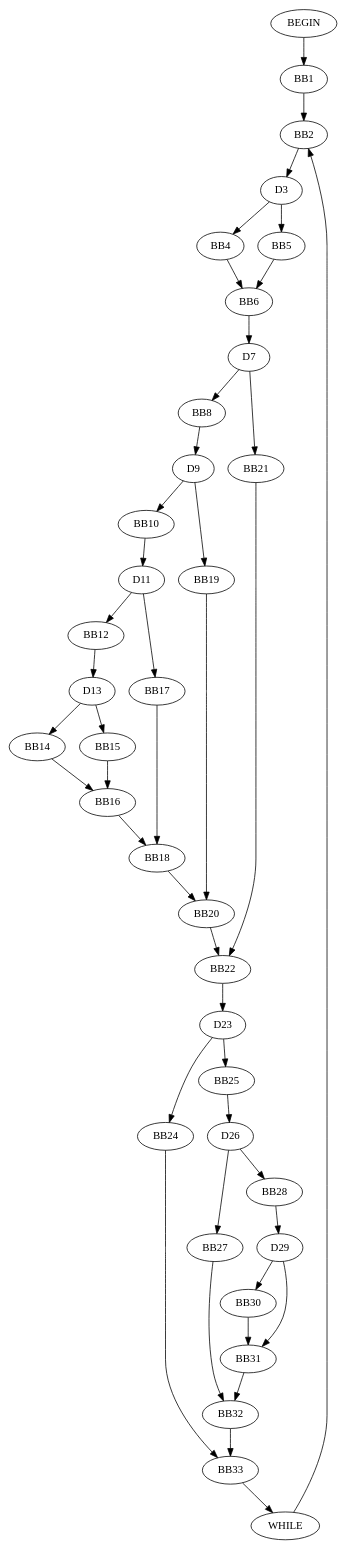
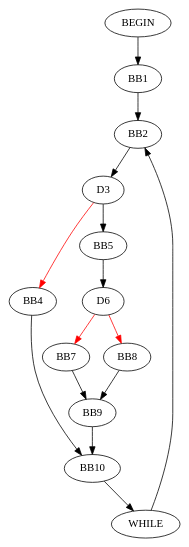
Before and after one commit to ayushsawlani/SymEx: the diagram in resources/cfg.dot, drawn with Graphviz. The commit also changed 158 other files, not shown here.

```diff
--- a/resources/cfg.dot
+++ b/resources/cfg.dot
@@ -1,1 +1,1 @@
-digraph G {BEGIN->BB1;BB1->BB2;WHILE->BB2;BB2->D3;D3->BB4;D3->BB5;BB4->BB6;BB5->BB6;BB6->D7;D7->BB8;BB8->D9;D9->BB10;BB10->D11;D11->BB12;BB12->D13;D13->BB14;D13->BB15;BB14->BB16;BB15->BB16;D11->BB17;BB16->BB18;BB17->BB18;D9->BB19;BB18->BB20;BB19->BB20;D7->BB21;BB20->BB22;BB21->BB22;BB22->D23;D23->BB24;D23->BB25;BB25->D26;D26->BB27;D26->BB28;BB28->D29;D29->BB30;BB30->BB31;D29->BB31;BB27->BB32;BB31->BB32;BB24->BB33;BB32->BB33;BB33->WHILE;}
+digraph G {BEGIN->BB1;BB1->BB2;WHILE->BB2;BB2->D3;D3->BB4[color=red, pendwidth=3.0];D3->BB5;BB5->D6;D6->BB7[color=red, pendwidth=3.0];D6->BB8[color=red, pendwidth=3.0];BB7->BB9;BB8->BB9;BB4->BB10;BB9->BB10;BB10->WHILE;}
```
